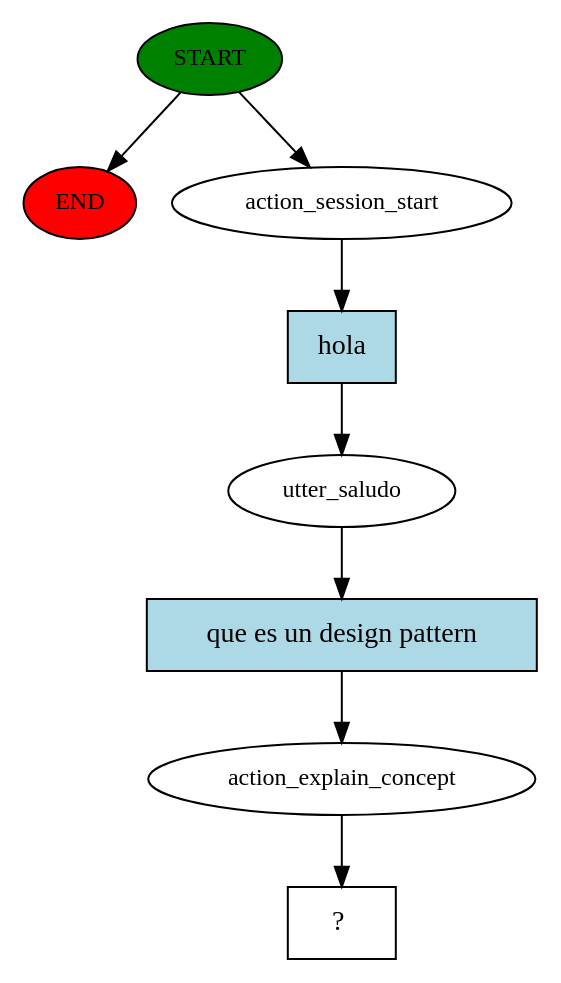
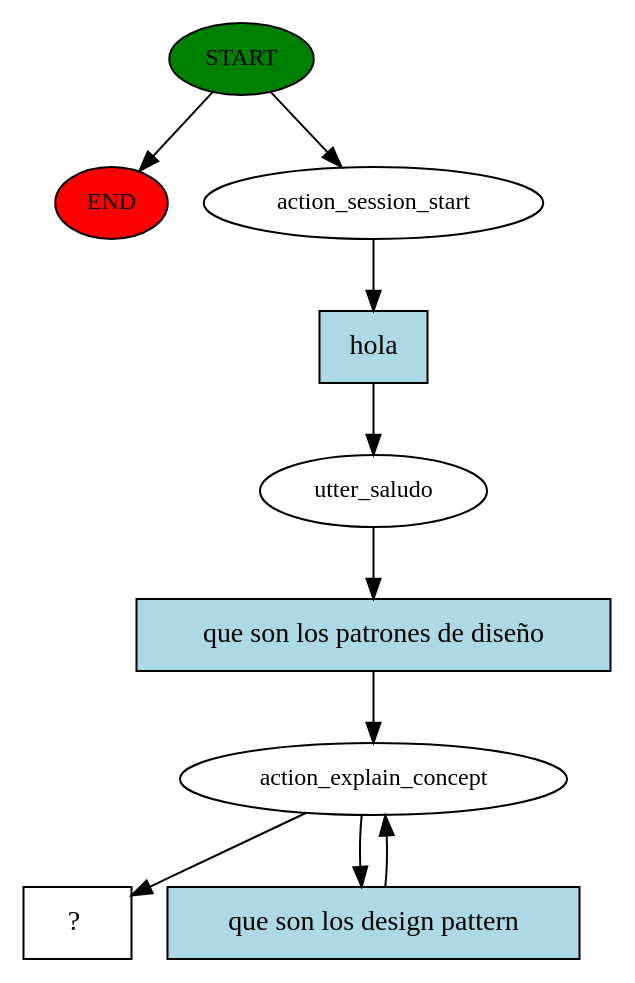
Before and after one commit to joacosaralegui/wizard_de_diseno: the diagram in story_graph.dot, drawn with Graphviz. The commit also changed 7 other files, not shown here.

```diff
--- a/story_graph.dot
+++ b/story_graph.dot
@@ -1,17 +1,20 @@
 digraph  {
 0 [class="start active", fillcolor=green, fontsize=12, label=START, style=filled];
 "-1" [class=end, fillcolor=red, fontsize=12, label=END, style=filled];
 1 [class=active, fontsize=12, label=action_session_start];
 2 [class=active, fontsize=12, label=utter_saludo];
 3 [class=active, fontsize=12, label=action_explain_concept];
-4 [class="intent dashed active", label="  ?  ", shape=rect];
-5 [class="intent active", fillcolor=lightblue, label=hola, shape=rect, style=filled];
-6 [class="intent active", fillcolor=lightblue, label="que es un design pattern", shape=rect, style=filled];
+5 [class="intent dashed active", label="  ?  ", shape=rect];
+6 [class="intent active", fillcolor=lightblue, label=hola, shape=rect, style=filled];
+7 [class="intent active", fillcolor=lightblue, label="que son los patrones de diseño", shape=rect, style=filled];
+8 [class="intent active", fillcolor=lightblue, label="que son los design pattern", shape=rect, style=filled];
 0 -> "-1"  [class="", key=NONE, label=""];
 0 -> 1  [class=active, key=NONE, label=""];
-1 -> 5  [class=active, key=0];
-2 -> 6  [class=active, key=0];
-3 -> 4  [class=active, key=NONE, label=""];
-5 -> 2  [class=active, key=0];
-6 -> 3  [class=active, key=0];
+1 -> 6  [class=active, key=0];
+2 -> 7  [class=active, key=0];
+3 -> 5  [class=active, key=NONE, label=""];
+3 -> 8  [class=active, key=0];
+6 -> 2  [class=active, key=0];
+7 -> 3  [class=active, key=0];
+8 -> 3  [class=active, key=0];
 }
```
